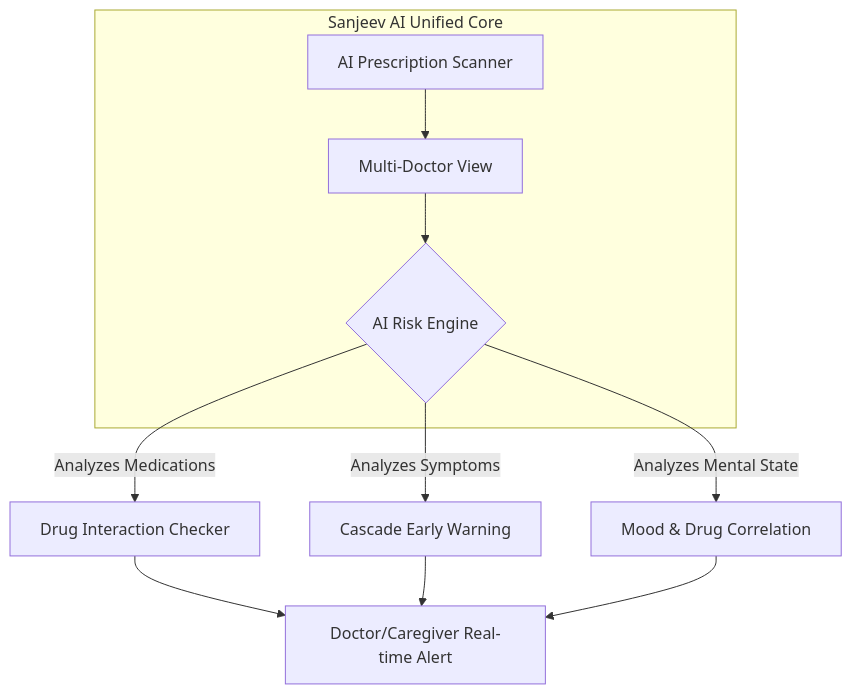
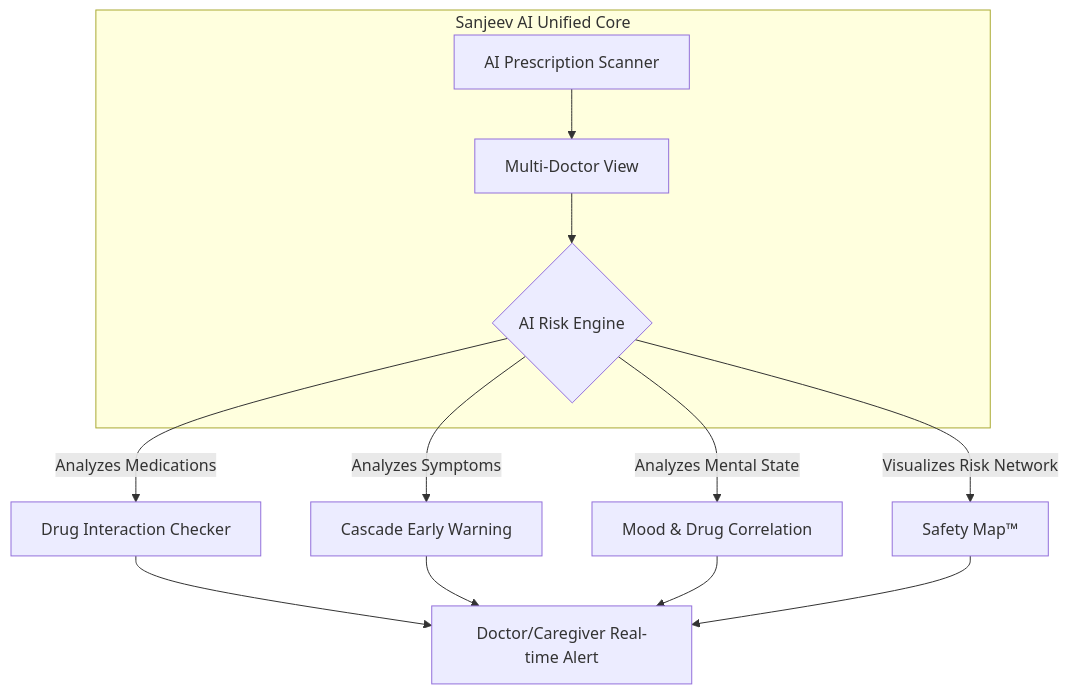
One commit to sohansarkar07/Sanjeev.AI changed the second of 2 diagrams in README.md. Above: the diagram before and after it, drawn with Mermaid. The commit also changed other lines of this file and 4 other files, not shown here.

First line of the commit message:
feat: Add Drug Interaction Checker with Safety Map D3.js visualization

````diff
--- a/README.md
+++ b/README.md
@@ -103,15 +104,17 @@
 ```mermaid
 graph TD
     subgraph "Sanjeev AI Unified Core"
         Scan[AI Prescription Scanner] --> Merge[Multi-Doctor View]
         Merge --> Check{AI Risk Engine}
     end
 
     Check -->|Analyzes Medications| Int[Drug Interaction Checker]
     Check -->|Analyzes Symptoms| Cas[Cascade Early Warning]
     Check -->|Analyzes Mental State| Mood[Mood & Drug Correlation]
+    Check -->|Visualizes Risk Network| Map[Safety Map™]
 
     Int --> Alert[Doctor/Caregiver Real-time Alert]
     Cas --> Alert
     Mood --> Alert
+    Map --> Alert
 ```
````
